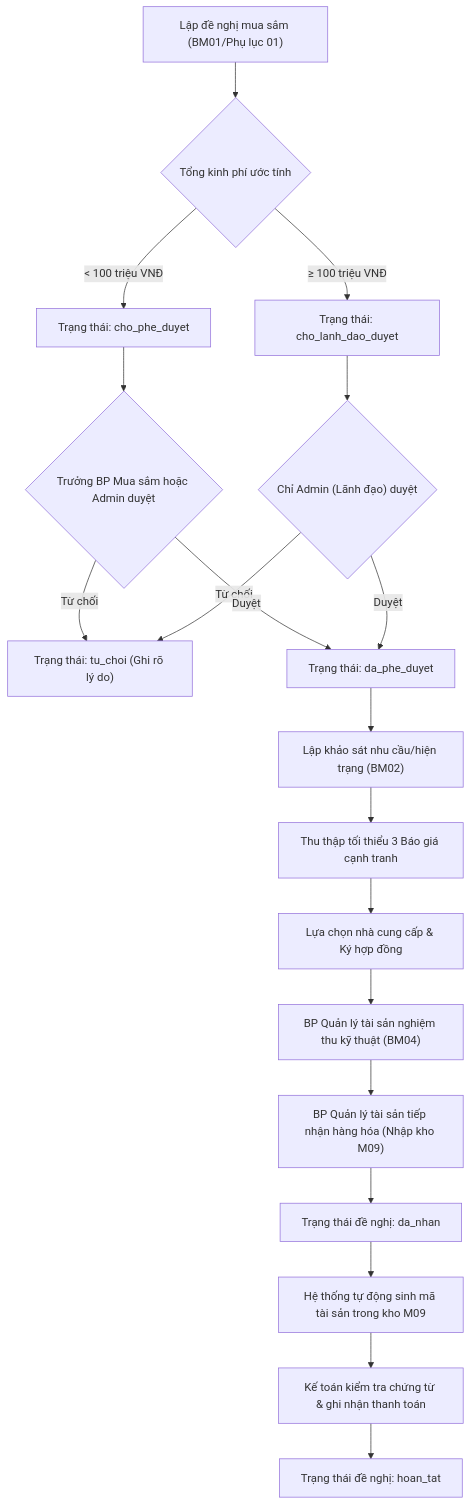
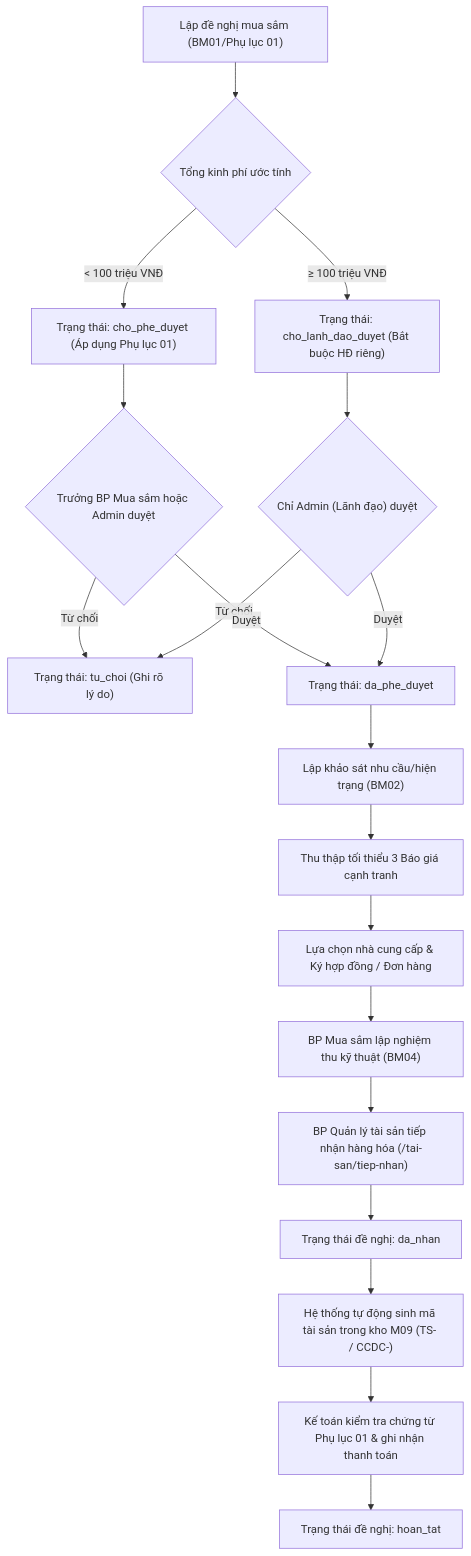
One commit to leh389113-glitch/Laptrinhwebnhom5 changed the first of 2 diagrams in AGENTS.md. Above: the diagram before and after it, drawn with Mermaid. The commit also changed other lines of this file and 43 other files, not shown here.

Commit message:
Thêm user đơn vị sử dụng

````diff
--- a/AGENTS.md
+++ b/AGENTS.md
@@ -49,21 +92,21 @@
 ```mermaid
 graph TD
     A["Lập đề nghị mua sắm (BM01/Phụ lục 01)"] --> B{"Tổng kinh phí ước tính"}
-    B -- "< 100 triệu VNĐ" --> C["Trạng thái: cho_phe_duyet"]
-    B -- "≥ 100 triệu VNĐ" --> D["Trạng thái: cho_lanh_dao_duyet"]
+    B -- "< 100 triệu VNĐ" --> C["Trạng thái: cho_phe_duyet (Áp dụng Phụ lục 01)"]
+    B -- "≥ 100 triệu VNĐ" --> D["Trạng thái: cho_lanh_dao_duyet (Bắt buộc HĐ riêng)"]
     C --> E{"Trưởng BP Mua sắm hoặc Admin duyệt"}
     D --> F{"Chỉ Admin (Lãnh đạo) duyệt"}
     E -- "Từ chối" --> G["Trạng thái: tu_choi (Ghi rõ lý do)"]
     F -- "Từ chối" --> G
     E -- "Duyệt" --> H["Trạng thái: da_phe_duyet"]
     F -- "Duyệt" --> H
     H --> I["Lập khảo sát nhu cầu/hiện trạng (BM02)"]
     I --> J["Thu thập tối thiểu 3 Báo giá cạnh tranh"]
-    J --> K["Lựa chọn nhà cung cấp & Ký hợp đồng"]
-    K --> L["BP Quản lý tài sản nghiệm thu kỹ thuật (BM04)"]
-    L --> M["BP Quản lý tài sản tiếp nhận hàng hóa (Nhập kho M09)"]
+    J --> K["Lựa chọn nhà cung cấp & Ký hợp đồng / Đơn hàng"]
+    K --> L["BP Mua sắm lập nghiệm thu kỹ thuật (BM04)"]
+    L --> M["BP Quản lý tài sản tiếp nhận hàng hóa (/tai-san/tiep-nhan)"]
     M --> N["Trạng thái đề nghị: da_nhan"]
-    N --> O["Hệ thống tự động sinh mã tài sản trong kho M09"]
-    O --> P["Kế toán kiểm tra chứng từ & ghi nhận thanh toán"]
+    N --> O["Hệ thống tự động sinh mã tài sản trong kho M09 (TS- / CCDC-)"]
+    O --> P["Kế toán kiểm tra chứng từ Phụ lục 01 & ghi nhận thanh toán"]
     P --> Q["Trạng thái đề nghị: hoan_tat"]
 ```
````
